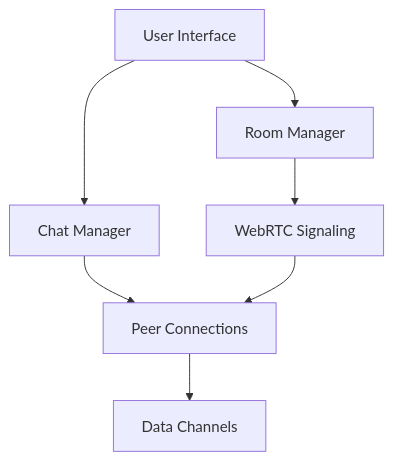
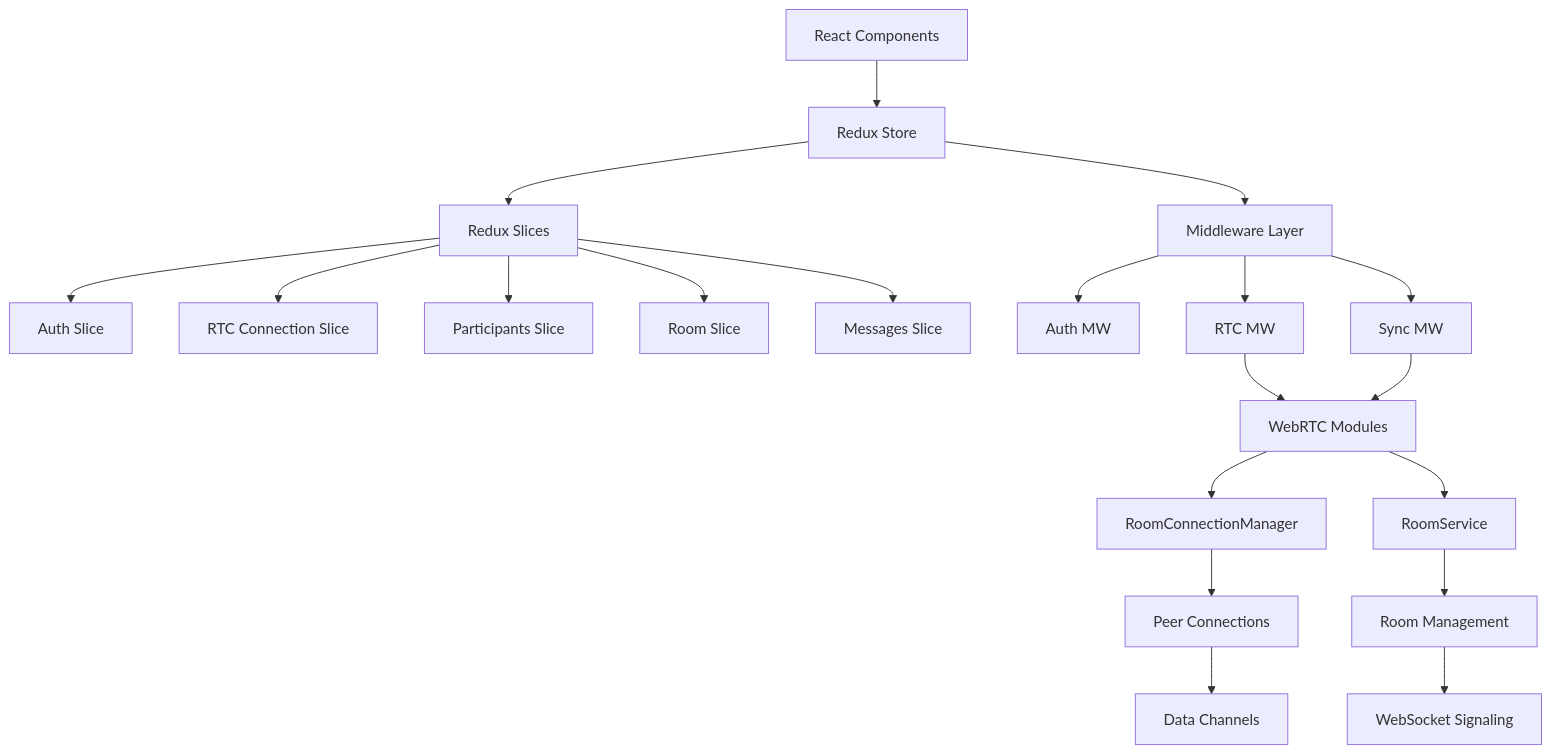
One commit to xlp0/LandingPage changed the first of 2 diagrams in docs/cubical-logic-model-for-webrtc.md. Above: the diagram before and after it, drawn with Mermaid. The commit also changed other lines of this file and 1 other file, not shown here.

````diff
--- a/docs/cubical-logic-model-for-webrtc.md
+++ b/docs/cubical-logic-model-for-webrtc.md
@@ -25,9 +25,22 @@
 ```mermaid
 graph TD
-    A[User Interface] --> B[Room Manager]
-    A --> C[Chat Manager]
-    B --> D[WebRTC Signaling]
-    C --> E[Peer Connections]
-    D --> E
-    E --> F[Data Channels]
+    A[React Components] --> B[Redux Store]
+    B --> C[Redux Slices]
+    C --> D[Auth Slice]
+    C --> E[RTC Connection Slice]
+    C --> F[Participants Slice]
+    C --> G[Room Slice]
+    C --> H[Messages Slice]
+    B --> I[Middleware Layer]
+    I --> J[Auth MW]
+    I --> K[RTC MW]
+    I --> L[Sync MW]
+    K --> M[WebRTC Modules]
+    L --> M
+    M --> N[RoomConnectionManager]
+    M --> O[RoomService]
+    N --> P[Peer Connections]
+    O --> Q[Room Management]
+    P --> R[Data Channels]
+    Q --> S[WebSocket Signaling]
 ```
````
